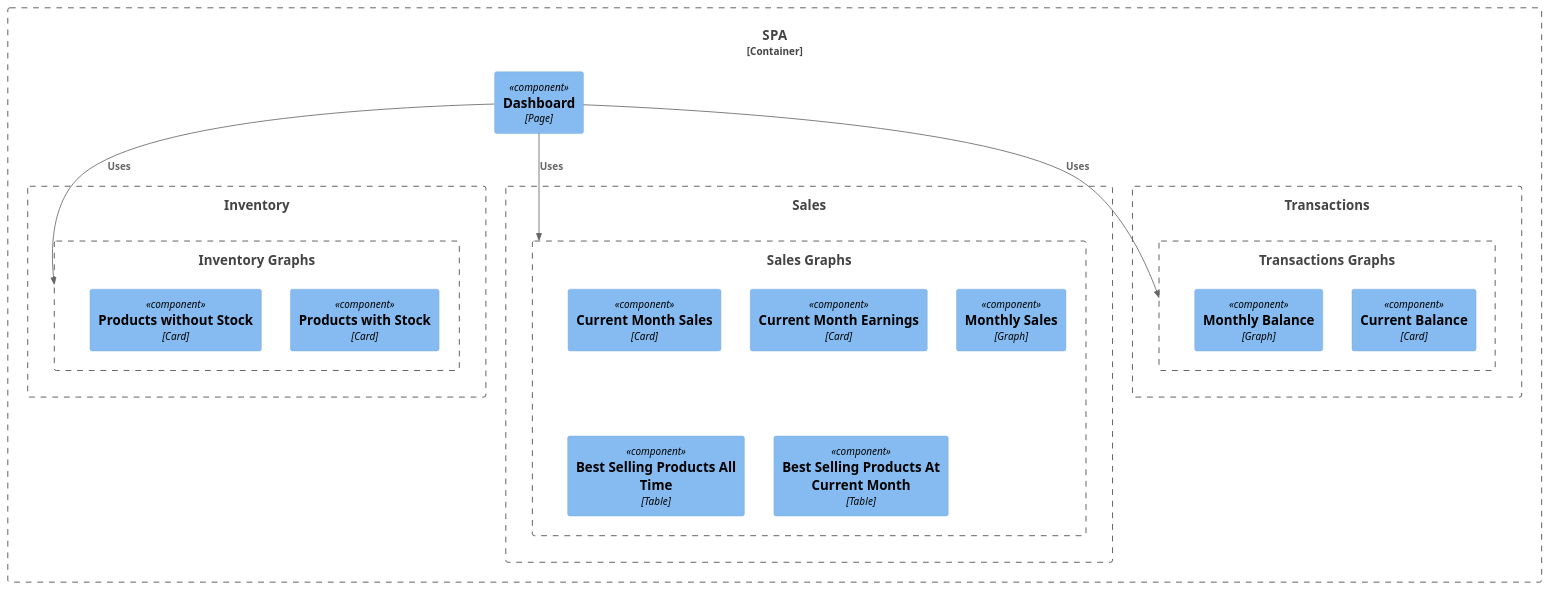
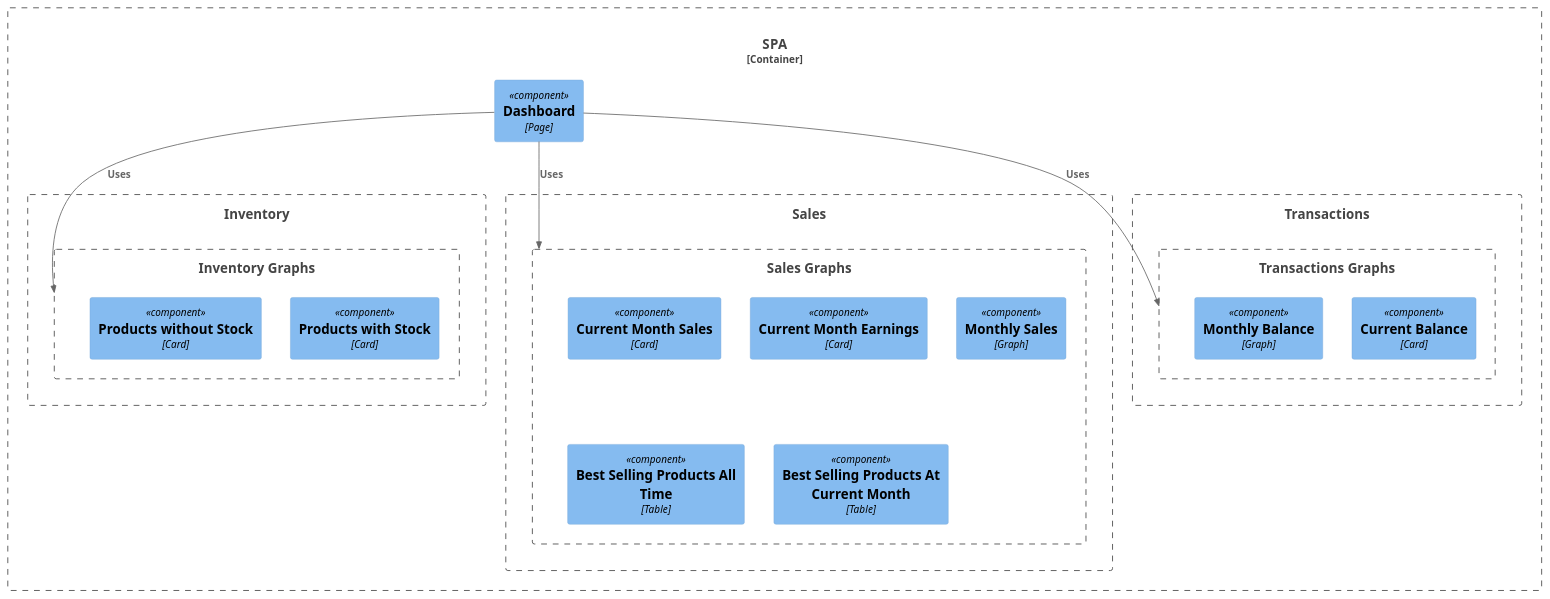
One commit to joav/simple-sales-business changed the diagram in docs/diagrams/components/spa-dashboard.puml. Above: the diagram before and after it, drawn with PlantUML. The commit also changed 4 other files, not shown here.

```diff
--- a/docs/diagrams/components/spa-dashboard.puml
+++ b/docs/diagrams/components/spa-dashboard.puml
@@ -1,33 +1,33 @@
 @startuml SPA Dashboard Components
 !include <C4/C4_Component>
 
-Container_Boundary(spa, "SPA") {
+Container_Boundary(spa, "SPA", "React") {
   Component(dshPage, "Dashboard", "Page")
   Boundary(inventory, "Inventory") {
     Boundary(inventoryGraphs, "Inventory Graphs") {
         Component(productsWithStockCard, "Products with Stock", "Card")
         Component(productsWithoutStockCard, "Products without Stock", "Card")
     }
   }
   Boundary(sales, "Sales") {
     Boundary(salesGraphs, "Sales Graphs") {
         Component(monthSalesCard, "Current Month Sales", "Card")
         Component(monthEarningsCard, "Current Month Earnings", "Card")
         Component(monthlySalesGraph, "Monthly Sales", "Graph")
         Component(productsSalesTopTable, "Best Selling Products All Time", "Table")
         Component(productsSalesTopMonthTable, "Best Selling Products At Current Month", "Table")
     }
   }
   Boundary(transactions, "Transactions") {
     Boundary(transactionsGraphs, "Transactions Graphs") {
         Component(balanceCard, "Current Balance", "Card")
         Component(monthlyBalanceGraph, "Monthly Balance", "Graph")
     }
   }
 }
 
 Rel(dshPage, inventoryGraphs, "Uses")
 Rel(dshPage, salesGraphs, "Uses")
 Rel(dshPage, transactionsGraphs, "Uses")
 
 @enduml
```
